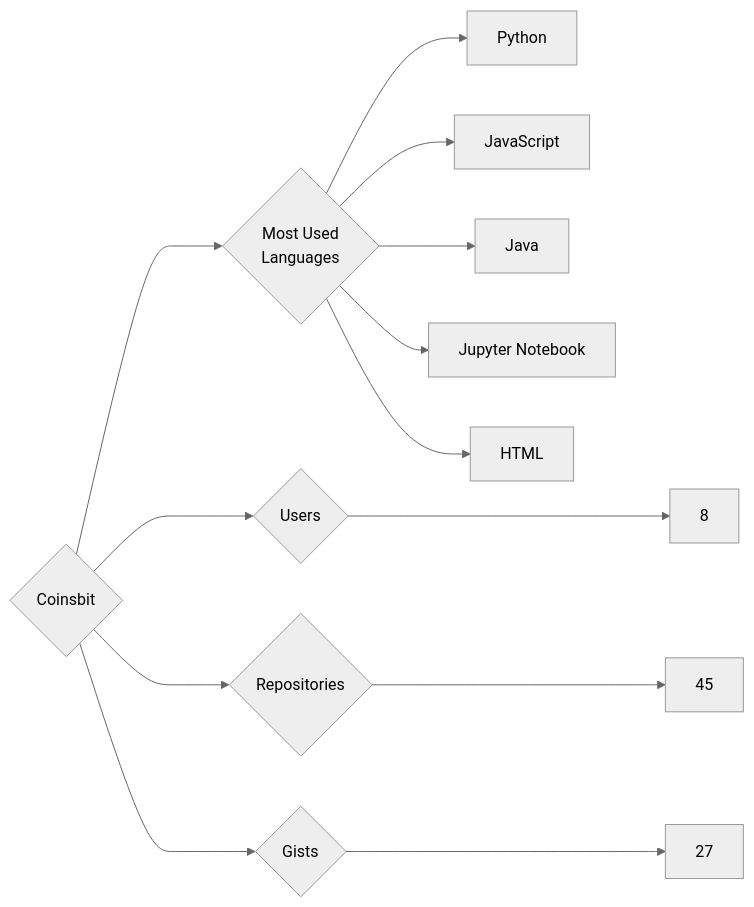
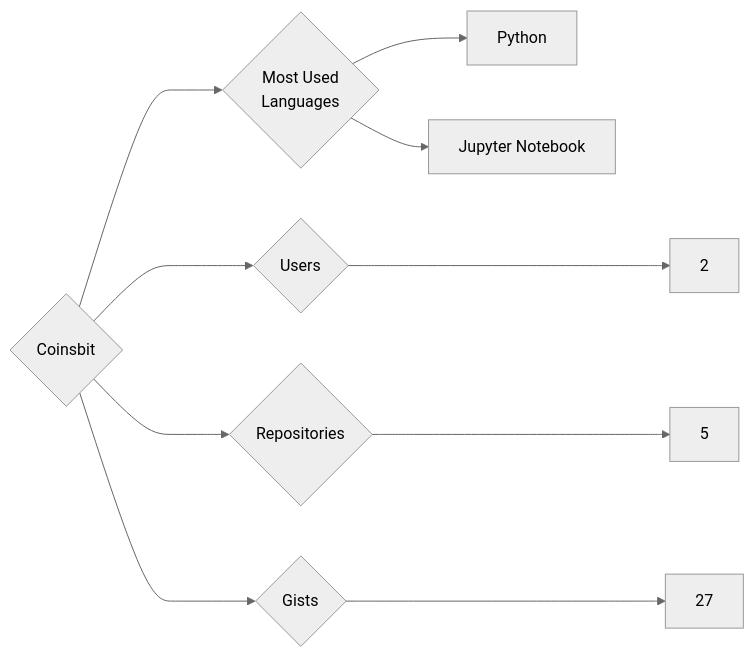
Before and after one commit to trickest/insiders: the diagram in targets/Coinsbit/README.md, drawn with Mermaid (neutral theme). The commit also changed 1078 other files, not shown here.

````diff
--- a/targets/Coinsbit/README.md
+++ b/targets/Coinsbit/README.md
@@ -3,13 +3,10 @@
 ```mermaid
 graph LR
 COMPANY_NAME{Coinsbit}
-COMPANY_NAME ---> U{Users} ---> UN[8]
-COMPANY_NAME ---> R{Repositories} ---> RN[45]
+COMPANY_NAME ---> U{Users} ---> UN[2]
+COMPANY_NAME ---> R{Repositories} ---> RN[5]
 COMPANY_NAME ---> G{Gists} ---> GN[27]
 COMPANY_NAME ---> ML{Most Used<br>Languages}
 ML --> Python[Python]
-ML --> JavaScript[JavaScript]
-ML --> Java[Java]
 ML --> Jupyter_Notebook[Jupyter Notebook]
-ML --> HTML[HTML]
 ```
````
